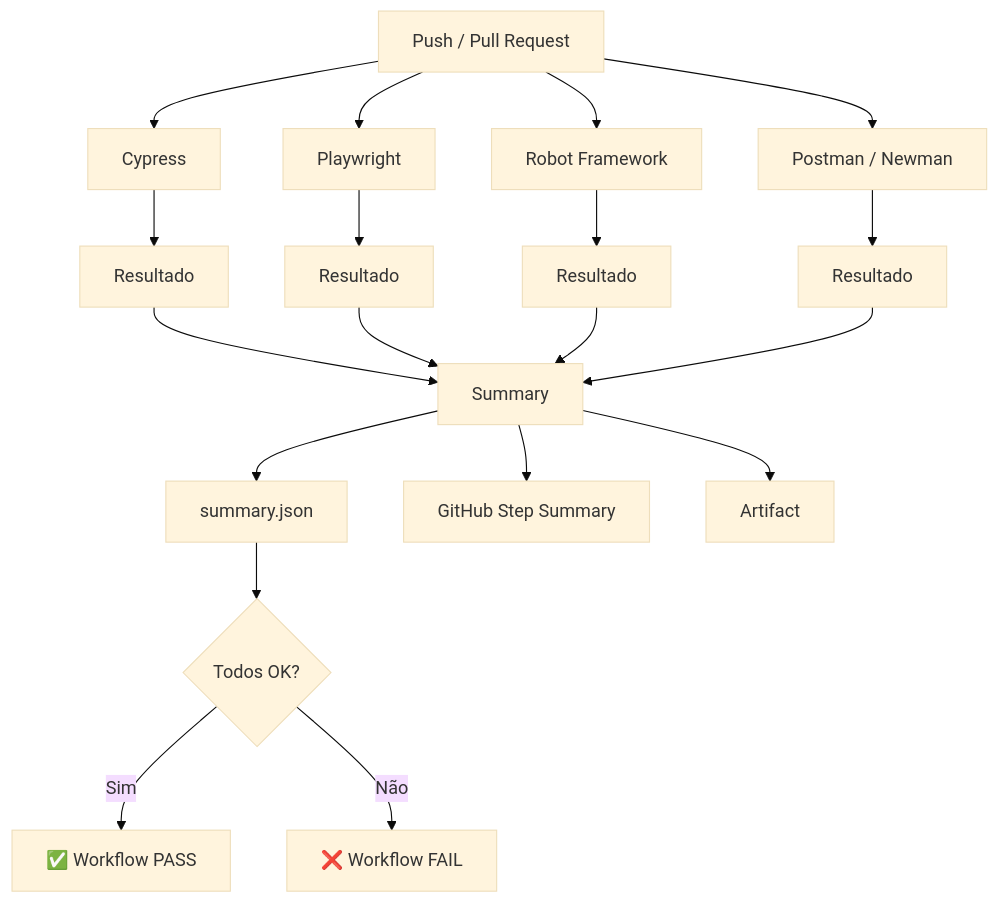
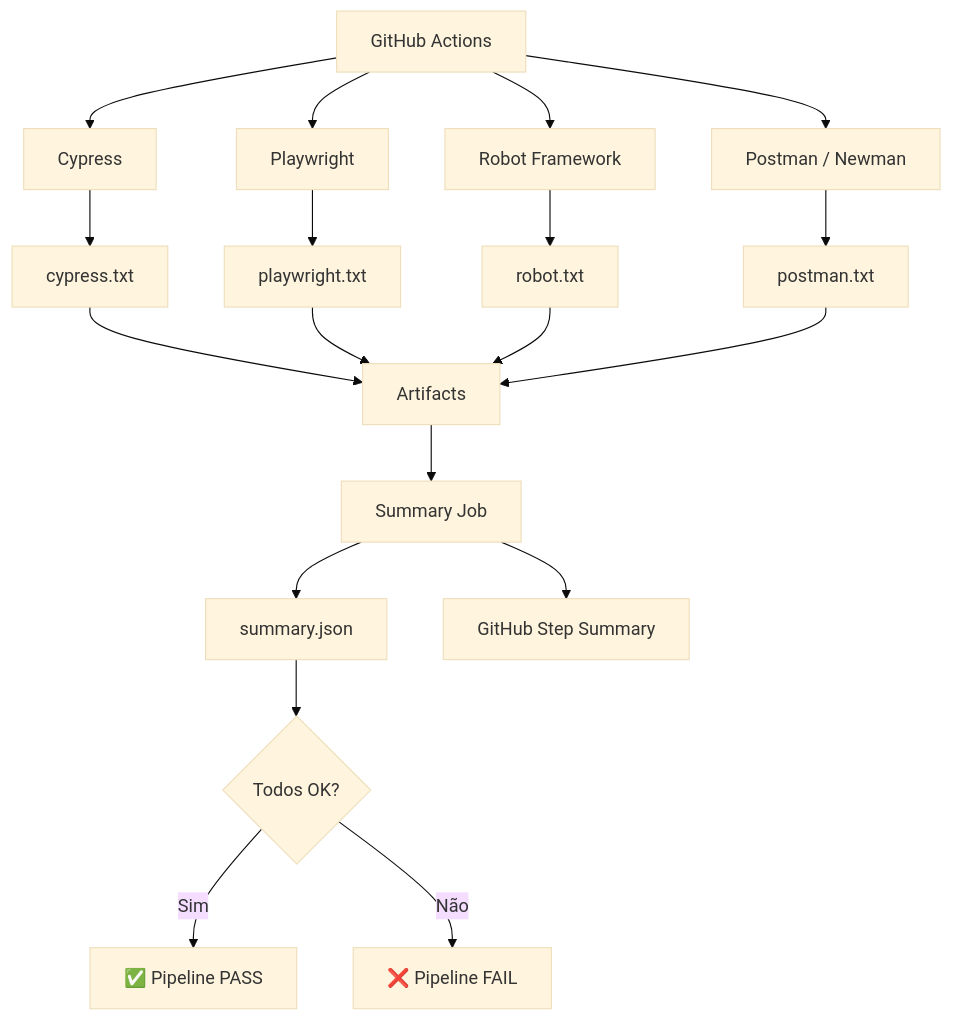
One commit to horadoqa/teste-contrato changed the diagram in .github/workflows/workflow.md. Above: the diagram before and after it, drawn with Mermaid (base theme). The commit also changed other lines of this file and 1 other file, not shown here.

````diff
--- a/.github/workflows/workflow.md
+++ b/.github/workflows/workflow.md
@@ -466,26 +106,27 @@
 ```mermaid
 flowchart TD
-    A["Push / Pull Request"] --> B["Cypress"]
+    A["GitHub Actions"] --> B["Cypress"]
     A --> C["Playwright"]
     A --> D["Robot Framework"]
     A --> E["Postman / Newman"]
 
-    B --> F["Resultado"]
-    C --> G["Resultado"]
-    D --> H["Resultado"]
-    E --> I["Resultado"]
+    B --> B1["cypress.txt"]
+    C --> C1["playwright.txt"]
+    D --> D1["robot.txt"]
+    E --> E1["postman.txt"]
 
-    F --> J["Summary"]
-    G --> J
-    H --> J
-    I --> J
+    B1 --> F["Artifacts"]
+    C1 --> F
+    D1 --> F
+    E1 --> F
 
-    J --> K["summary.json"]
-    J --> L["GitHub Step Summary"]
-    J --> M["Artifact"]
+    F --> G["Summary Job"]
 
-    K --> N{"Todos OK?"}
+    G --> H["summary.json"]
+    G --> I["GitHub Step Summary"]
 
-    N -->|Sim| O["✅ Workflow PASS"]
-    N -->|Não| P["❌ Workflow FAIL"]
+    H --> J{"Todos OK?"}
+
+    J -->|Sim| K["✅ Pipeline PASS"]
+    J -->|Não| L["❌ Pipeline FAIL"]
 ```
````
